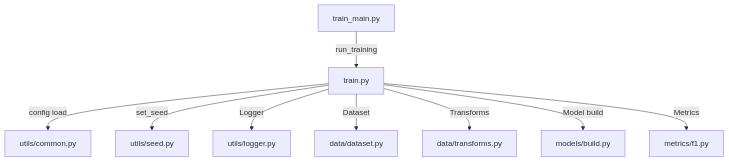
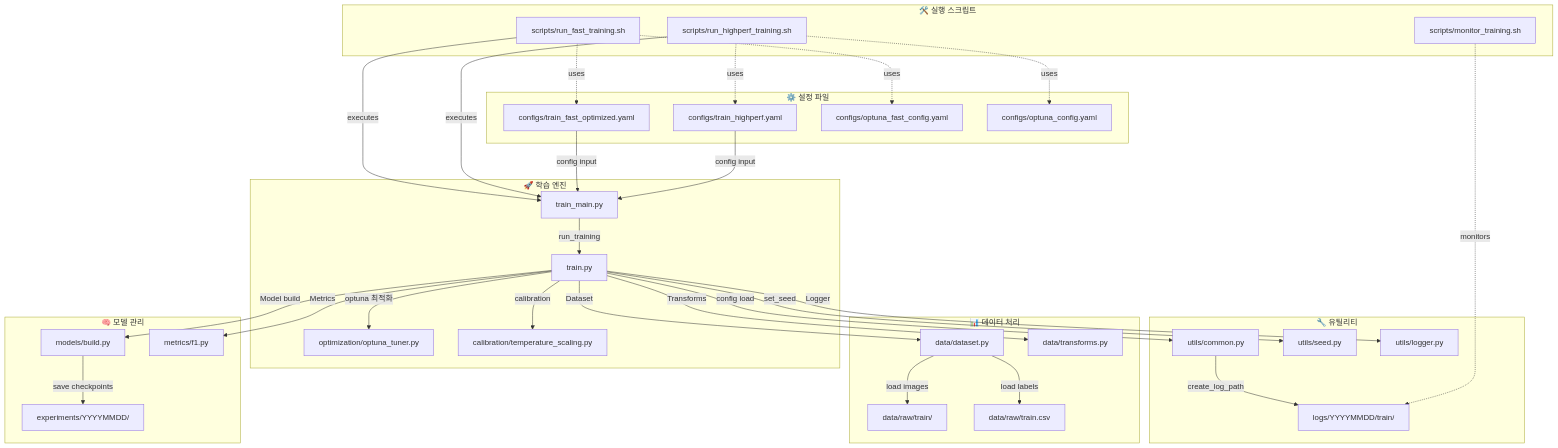
Before and after one commit to nimnusmik/CV_documents_classification_competition: the diagram in docs/pipelines/학습_파이프라인_가이드.md, drawn with Mermaid. The commit also changed other lines of this file and 5 other files, not shown here.

````diff
--- a/docs/pipelines/학습_파이프라인_가이드.md
+++ b/docs/pipelines/학습_파이프라인_가이드.md
@@ -267,14 +275,53 @@
 ```mermaid
 flowchart TD
 
-A[train_main.py] -->|run_training| B[train.py]
+subgraph "🛠️ 실행 스크립트"
+    S1[scripts/run_fast_training.sh]
+    S2[scripts/run_highperf_training.sh]
+    S3[scripts/monitor_training.sh]
+end
 
-B -->|config load| C[utils/common.py]
-B -->|set_seed| D[utils/seed.py]
-B -->|Logger| E[utils/logger.py]
-B -->|Dataset| F[data/dataset.py]
-B -->|Transforms| G[data/transforms.py]
-B -->|Model build| H[models/build.py]
-B -->|Metrics| I[metrics/f1.py]
+subgraph "⚙️ 설정 파일"
+    C1[configs/train_fast_optimized.yaml]
+    C2[configs/train_highperf.yaml]
+    C3[configs/optuna_fast_config.yaml]
+    C4[configs/optuna_config.yaml]
+end
 
+subgraph "🚀 학습 엔진"
+    A[train_main.py] -->|run_training| B[train.py]
+    B -->|optuna 최적화| O1[optimization/optuna_tuner.py]
+    B -->|calibration| O2[calibration/temperature_scaling.py]
+end
+
+subgraph "🔧 유틸리티"
+    B -->|config load| C[utils/common.py]
+    B -->|set_seed| D[utils/seed.py]
+    B -->|Logger| E[utils/logger.py]
+    C -->|create_log_path| L1[logs/YYYYMMDD/train/]
+end
+
+subgraph "📊 데이터 처리"
+    B -->|Dataset| F[data/dataset.py]
+    B -->|Transforms| G[data/transforms.py]
+    F -->|load images| F1[data/raw/train/]
+    F -->|load labels| F2[data/raw/train.csv]
+end
+
+subgraph "🧠 모델 관리"
+    B -->|Model build| H[models/build.py]
+    B -->|Metrics| I[metrics/f1.py]
+    H -->|save checkpoints| H1[experiments/YYYYMMDD/]
+end
+
+S1 -.->|uses| C1
+S1 -.->|uses| C3
+S2 -.->|uses| C2
+S2 -.->|uses| C4
+S1 -->|executes| A
+S2 -->|executes| A
+S3 -.->|monitors| L1
+
+C1 -->|config input| A
+C2 -->|config input| A
 ```
````
